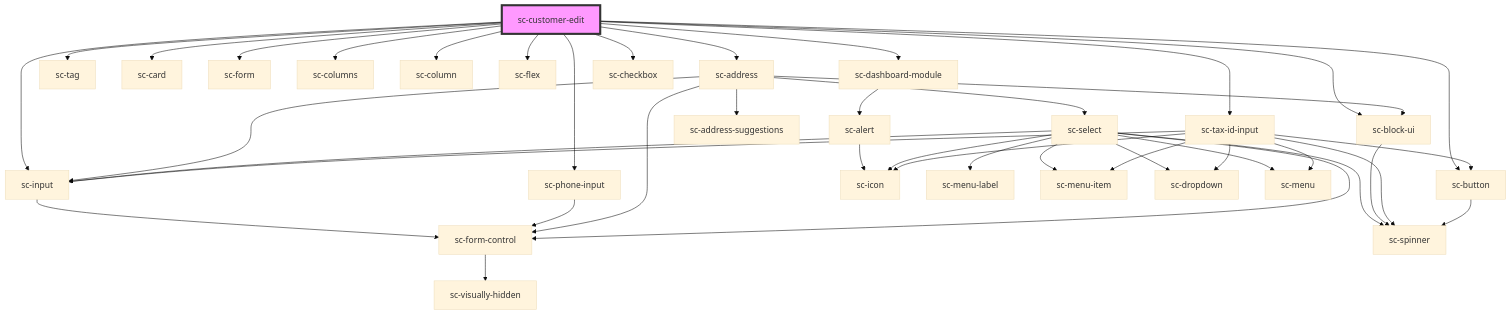
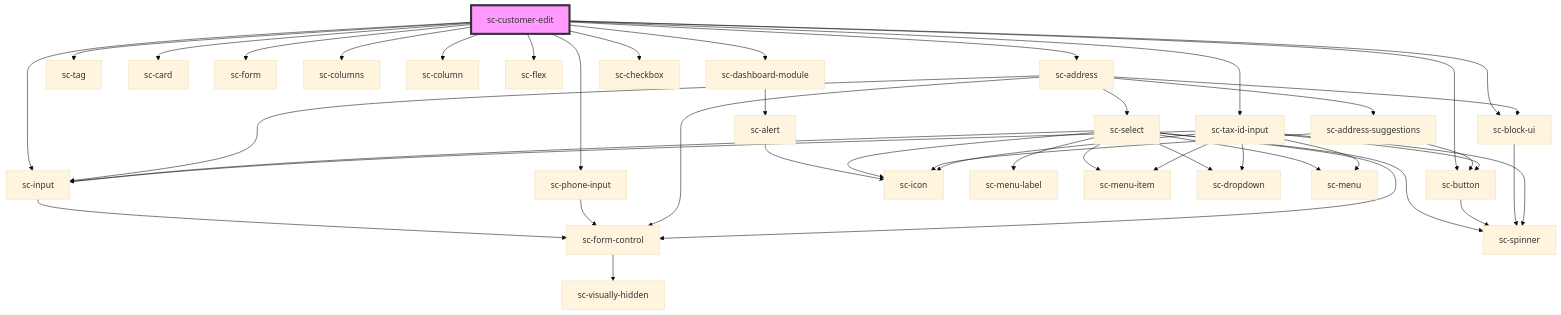
The diagram in packages/components/src/components/controllers/dashboard/customer-edit/readme.md (surecart/surecart-wp-plugin), drawn with Mermaid (base theme) before and after one commit. The commit also changed 13 other files, not shown here.

Commit message:
Improved sc-address-suggestions to to no results and manual entry

````diff
--- a/packages/components/src/components/controllers/dashboard/customer-edit/readme.md
+++ b/packages/components/src/components/controllers/dashboard/customer-edit/readme.md
@@ -37,45 +37,47 @@
 ```mermaid
 graph TD;
   sc-customer-edit --> sc-dashboard-module
   sc-customer-edit --> sc-tag
   sc-customer-edit --> sc-card
   sc-customer-edit --> sc-form
   sc-customer-edit --> sc-columns
   sc-customer-edit --> sc-column
   sc-customer-edit --> sc-input
   sc-customer-edit --> sc-phone-input
   sc-customer-edit --> sc-flex
   sc-customer-edit --> sc-address
   sc-customer-edit --> sc-checkbox
   sc-customer-edit --> sc-tax-id-input
   sc-customer-edit --> sc-button
   sc-customer-edit --> sc-block-ui
   sc-dashboard-module --> sc-alert
   sc-alert --> sc-icon
   sc-input --> sc-form-control
   sc-form-control --> sc-visually-hidden
   sc-phone-input --> sc-form-control
   sc-address --> sc-form-control
   sc-address --> sc-select
   sc-address --> sc-input
   sc-address --> sc-address-suggestions
   sc-address --> sc-block-ui
   sc-select --> sc-icon
   sc-select --> sc-menu-label
   sc-select --> sc-menu-item
   sc-select --> sc-form-control
   sc-select --> sc-dropdown
   sc-select --> sc-input
   sc-select --> sc-spinner
   sc-select --> sc-menu
+  sc-address-suggestions --> sc-button
+  sc-address-suggestions --> sc-icon
+  sc-button --> sc-spinner
   sc-block-ui --> sc-spinner
   sc-tax-id-input --> sc-icon
   sc-tax-id-input --> sc-input
   sc-tax-id-input --> sc-spinner
   sc-tax-id-input --> sc-dropdown
   sc-tax-id-input --> sc-button
   sc-tax-id-input --> sc-menu
   sc-tax-id-input --> sc-menu-item
-  sc-button --> sc-spinner
   style sc-customer-edit fill:#f9f,stroke:#333,stroke-width:4px
 ```
````
